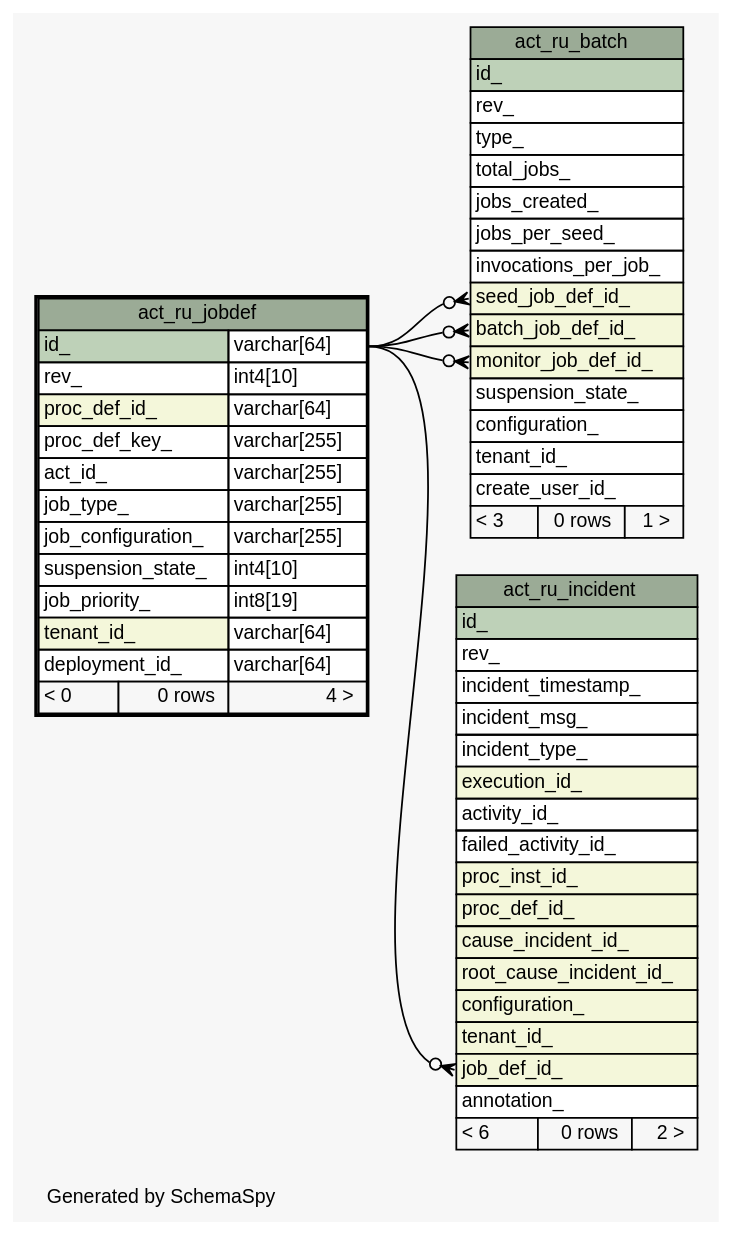
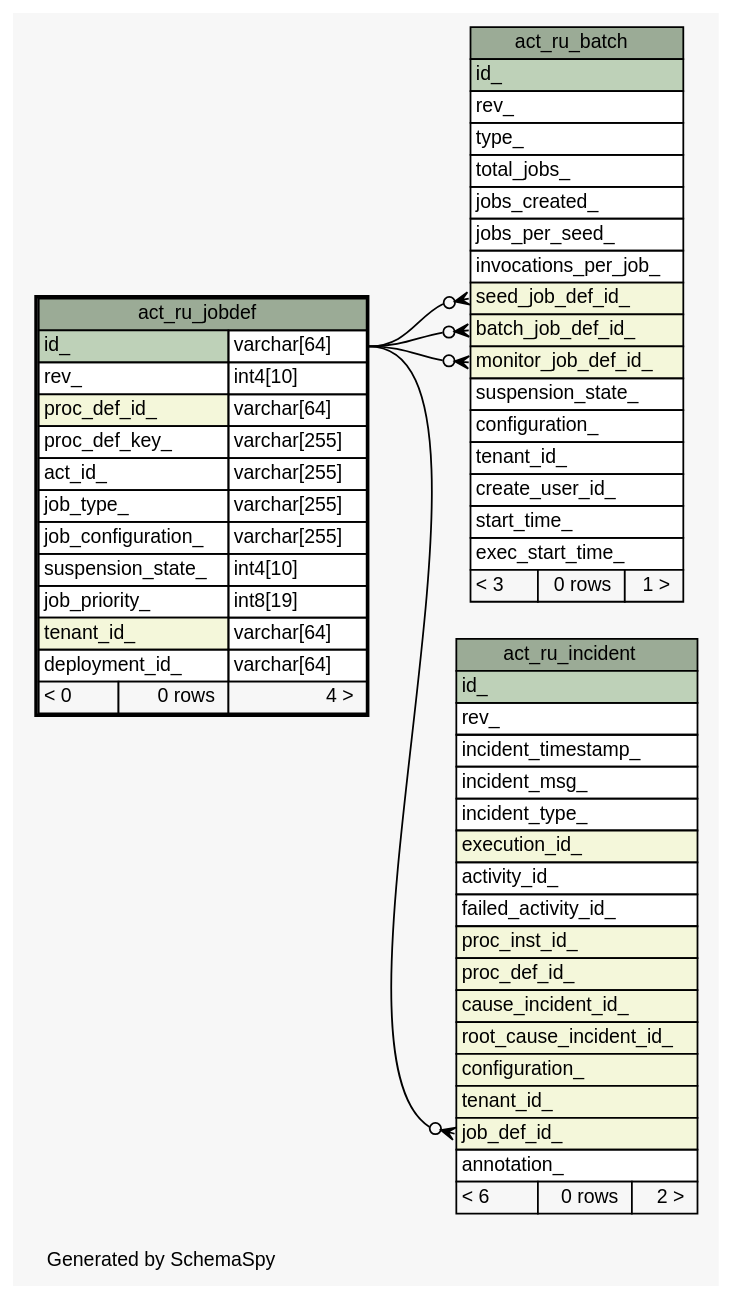
Before and after one commit to openwms/org.openwms.tms.routing.lib: the diagram in 2.0.0-SNAPSHOT/schemaspy/diagrams/act_ru_jobdef.1degree.dot, drawn with Graphviz. The commit also changed 363 other files, not shown here.

```diff
--- a/2.0.0-SNAPSHOT/schemaspy/diagrams/act_ru_jobdef.1degree.dot
+++ b/2.0.0-SNAPSHOT/schemaspy/diagrams/act_ru_jobdef.1degree.dot
@@ -1,94 +1,96 @@
 // dot 2.43.0 on Linux 6.5.0-1025-azure
 // SchemaSpy rev Unknown
 digraph "oneDegreeRelationshipsDiagram" {
   graph [
     rankdir="RL"
     bgcolor="#f7f7f7"
     label="\nGenerated by SchemaSpy"
     labeljust="l"
     nodesep="0.18"
     ranksep="0.46"
     fontname="Helvetica"
     fontsize="11"
   ];
   node [
     fontname="Helvetica"
     fontsize="11"
     shape="plaintext"
   ];
   edge [
     arrowsize="0.8"
   ];
   "act_ru_batch":"batch_job_def_id_":w -> "act_ru_jobdef":"id_.type":e [arrowhead=none dir=back arrowtail=crowodot];
   "act_ru_batch":"monitor_job_def_id_":w -> "act_ru_jobdef":"id_.type":e [arrowhead=none dir=back arrowtail=crowodot];
   "act_ru_batch":"seed_job_def_id_":w -> "act_ru_jobdef":"id_.type":e [arrowhead=none dir=back arrowtail=crowodot];
   "act_ru_incident":"job_def_id_":w -> "act_ru_jobdef":"id_.type":e [arrowhead=none dir=back arrowtail=crowodot];
   "act_ru_batch" [
     label=<
     <TABLE BORDER="0" CELLBORDER="1" CELLSPACING="0" BGCOLOR="#ffffff">
       <TR><TD COLSPAN="3" BGCOLOR="#9bab96" ALIGN="CENTER">act_ru_batch</TD></TR>
       <TR><TD PORT="id_" COLSPAN="3" BGCOLOR="#bed1b8" ALIGN="LEFT">id_</TD></TR>
       <TR><TD PORT="rev_" COLSPAN="3" ALIGN="LEFT">rev_</TD></TR>
       <TR><TD PORT="type_" COLSPAN="3" ALIGN="LEFT">type_</TD></TR>
       <TR><TD PORT="total_jobs_" COLSPAN="3" ALIGN="LEFT">total_jobs_</TD></TR>
       <TR><TD PORT="jobs_created_" COLSPAN="3" ALIGN="LEFT">jobs_created_</TD></TR>
       <TR><TD PORT="jobs_per_seed_" COLSPAN="3" ALIGN="LEFT">jobs_per_seed_</TD></TR>
       <TR><TD PORT="invocations_per_job_" COLSPAN="3" ALIGN="LEFT">invocations_per_job_</TD></TR>
       <TR><TD PORT="seed_job_def_id_" COLSPAN="3" BGCOLOR="#f4f7da" ALIGN="LEFT">seed_job_def_id_</TD></TR>
       <TR><TD PORT="batch_job_def_id_" COLSPAN="3" BGCOLOR="#f4f7da" ALIGN="LEFT">batch_job_def_id_</TD></TR>
       <TR><TD PORT="monitor_job_def_id_" COLSPAN="3" BGCOLOR="#f4f7da" ALIGN="LEFT">monitor_job_def_id_</TD></TR>
       <TR><TD PORT="suspension_state_" COLSPAN="3" ALIGN="LEFT">suspension_state_</TD></TR>
       <TR><TD PORT="configuration_" COLSPAN="3" ALIGN="LEFT">configuration_</TD></TR>
       <TR><TD PORT="tenant_id_" COLSPAN="3" ALIGN="LEFT">tenant_id_</TD></TR>
       <TR><TD PORT="create_user_id_" COLSPAN="3" ALIGN="LEFT">create_user_id_</TD></TR>
+      <TR><TD PORT="start_time_" COLSPAN="3" ALIGN="LEFT">start_time_</TD></TR>
+      <TR><TD PORT="exec_start_time_" COLSPAN="3" ALIGN="LEFT">exec_start_time_</TD></TR>
       <TR><TD ALIGN="LEFT" BGCOLOR="#f7f7f7">&lt; 3</TD><TD ALIGN="RIGHT" BGCOLOR="#f7f7f7">0 rows</TD><TD ALIGN="RIGHT" BGCOLOR="#f7f7f7">1 &gt;</TD></TR>
     </TABLE>>
     URL="act_ru_batch.html"
     tooltip="act_ru_batch"
   ];
   "act_ru_incident" [
     label=<
     <TABLE BORDER="0" CELLBORDER="1" CELLSPACING="0" BGCOLOR="#ffffff">
       <TR><TD COLSPAN="3" BGCOLOR="#9bab96" ALIGN="CENTER">act_ru_incident</TD></TR>
       <TR><TD PORT="id_" COLSPAN="3" BGCOLOR="#bed1b8" ALIGN="LEFT">id_</TD></TR>
       <TR><TD PORT="rev_" COLSPAN="3" ALIGN="LEFT">rev_</TD></TR>
       <TR><TD PORT="incident_timestamp_" COLSPAN="3" ALIGN="LEFT">incident_timestamp_</TD></TR>
       <TR><TD PORT="incident_msg_" COLSPAN="3" ALIGN="LEFT">incident_msg_</TD></TR>
       <TR><TD PORT="incident_type_" COLSPAN="3" ALIGN="LEFT">incident_type_</TD></TR>
       <TR><TD PORT="execution_id_" COLSPAN="3" BGCOLOR="#f4f7da" ALIGN="LEFT">execution_id_</TD></TR>
       <TR><TD PORT="activity_id_" COLSPAN="3" ALIGN="LEFT">activity_id_</TD></TR>
       <TR><TD PORT="failed_activity_id_" COLSPAN="3" ALIGN="LEFT">failed_activity_id_</TD></TR>
       <TR><TD PORT="proc_inst_id_" COLSPAN="3" BGCOLOR="#f4f7da" ALIGN="LEFT">proc_inst_id_</TD></TR>
       <TR><TD PORT="proc_def_id_" COLSPAN="3" BGCOLOR="#f4f7da" ALIGN="LEFT">proc_def_id_</TD></TR>
       <TR><TD PORT="cause_incident_id_" COLSPAN="3" BGCOLOR="#f4f7da" ALIGN="LEFT">cause_incident_id_</TD></TR>
       <TR><TD PORT="root_cause_incident_id_" COLSPAN="3" BGCOLOR="#f4f7da" ALIGN="LEFT">root_cause_incident_id_</TD></TR>
       <TR><TD PORT="configuration_" COLSPAN="3" BGCOLOR="#f4f7da" ALIGN="LEFT">configuration_</TD></TR>
       <TR><TD PORT="tenant_id_" COLSPAN="3" BGCOLOR="#f4f7da" ALIGN="LEFT">tenant_id_</TD></TR>
       <TR><TD PORT="job_def_id_" COLSPAN="3" BGCOLOR="#f4f7da" ALIGN="LEFT">job_def_id_</TD></TR>
       <TR><TD PORT="annotation_" COLSPAN="3" ALIGN="LEFT">annotation_</TD></TR>
       <TR><TD ALIGN="LEFT" BGCOLOR="#f7f7f7">&lt; 6</TD><TD ALIGN="RIGHT" BGCOLOR="#f7f7f7">0 rows</TD><TD ALIGN="RIGHT" BGCOLOR="#f7f7f7">2 &gt;</TD></TR>
     </TABLE>>
     URL="act_ru_incident.html"
     tooltip="act_ru_incident"
   ];
   "act_ru_jobdef" [
     label=<
     <TABLE BORDER="2" CELLBORDER="1" CELLSPACING="0" BGCOLOR="#ffffff">
       <TR><TD COLSPAN="3" BGCOLOR="#9bab96" ALIGN="CENTER">act_ru_jobdef</TD></TR>
       <TR><TD PORT="id_" COLSPAN="2" BGCOLOR="#bed1b8" ALIGN="LEFT">id_</TD><TD PORT="id_.type" ALIGN="LEFT">varchar[64]</TD></TR>
       <TR><TD PORT="rev_" COLSPAN="2" ALIGN="LEFT">rev_</TD><TD PORT="rev_.type" ALIGN="LEFT">int4[10]</TD></TR>
       <TR><TD PORT="proc_def_id_" COLSPAN="2" BGCOLOR="#f4f7da" ALIGN="LEFT">proc_def_id_</TD><TD PORT="proc_def_id_.type" ALIGN="LEFT">varchar[64]</TD></TR>
       <TR><TD PORT="proc_def_key_" COLSPAN="2" ALIGN="LEFT">proc_def_key_</TD><TD PORT="proc_def_key_.type" ALIGN="LEFT">varchar[255]</TD></TR>
       <TR><TD PORT="act_id_" COLSPAN="2" ALIGN="LEFT">act_id_</TD><TD PORT="act_id_.type" ALIGN="LEFT">varchar[255]</TD></TR>
       <TR><TD PORT="job_type_" COLSPAN="2" ALIGN="LEFT">job_type_</TD><TD PORT="job_type_.type" ALIGN="LEFT">varchar[255]</TD></TR>
       <TR><TD PORT="job_configuration_" COLSPAN="2" ALIGN="LEFT">job_configuration_</TD><TD PORT="job_configuration_.type" ALIGN="LEFT">varchar[255]</TD></TR>
       <TR><TD PORT="suspension_state_" COLSPAN="2" ALIGN="LEFT">suspension_state_</TD><TD PORT="suspension_state_.type" ALIGN="LEFT">int4[10]</TD></TR>
       <TR><TD PORT="job_priority_" COLSPAN="2" ALIGN="LEFT">job_priority_</TD><TD PORT="job_priority_.type" ALIGN="LEFT">int8[19]</TD></TR>
       <TR><TD PORT="tenant_id_" COLSPAN="2" BGCOLOR="#f4f7da" ALIGN="LEFT">tenant_id_</TD><TD PORT="tenant_id_.type" ALIGN="LEFT">varchar[64]</TD></TR>
       <TR><TD PORT="deployment_id_" COLSPAN="2" ALIGN="LEFT">deployment_id_</TD><TD PORT="deployment_id_.type" ALIGN="LEFT">varchar[64]</TD></TR>
       <TR><TD ALIGN="LEFT" BGCOLOR="#f7f7f7">&lt; 0</TD><TD ALIGN="RIGHT" BGCOLOR="#f7f7f7">0 rows</TD><TD ALIGN="RIGHT" BGCOLOR="#f7f7f7">4 &gt;</TD></TR>
     </TABLE>>
     URL="act_ru_jobdef.html"
     tooltip="act_ru_jobdef"
   ];
 }
```
